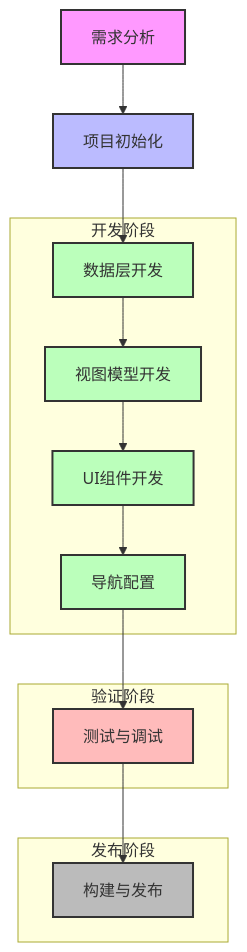
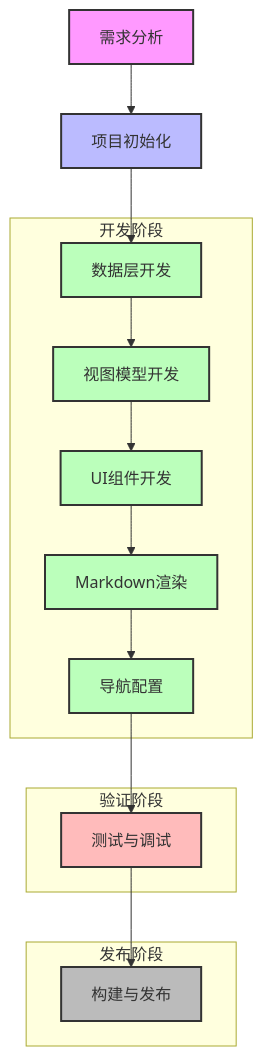
The first of 2 diagrams in README.md (lyh0009/Journey), drawn with Mermaid before and after one commit. The commit also changed other lines of this file and 8 other files, not shown here.

````diff
--- a/README.md
+++ b/README.md
@@ -88,34 +138,37 @@
 ```mermaid
 flowchart TD
     A[需求分析] --> B[项目初始化]
     B --> C[数据层开发]
     C --> D[视图模型开发]
     D --> E[UI组件开发]
-    E --> F[导航配置]
-    F --> G[测试与调试]
-    G --> H[构建与发布]
+    E --> F[Markdown渲染]
+    F --> G[导航配置]
+    G --> H[测试与调试]
+    H --> I[构建与发布]
     
     subgraph 开发阶段
         C
         D
         E
         F
+        G
     end
     
     subgraph 验证阶段
-        G
+        H
     end
     
     subgraph 发布阶段
-        H
+        I
     end
     
     style A fill:#f9f,stroke:#333,stroke-width:2px
     style B fill:#bbf,stroke:#333,stroke-width:2px
     style C fill:#bfb,stroke:#333,stroke-width:2px
     style D fill:#bfb,stroke:#333,stroke-width:2px
     style E fill:#bfb,stroke:#333,stroke-width:2px
     style F fill:#bfb,stroke:#333,stroke-width:2px
-    style G fill:#fbb,stroke:#333,stroke-width:2px
-    style H fill:#bbb,stroke:#333,stroke-width:2px
+    style G fill:#bfb,stroke:#333,stroke-width:2px
+    style H fill:#fbb,stroke:#333,stroke-width:2px
+    style I fill:#bbb,stroke:#333,stroke-width:2px
 ```
````
